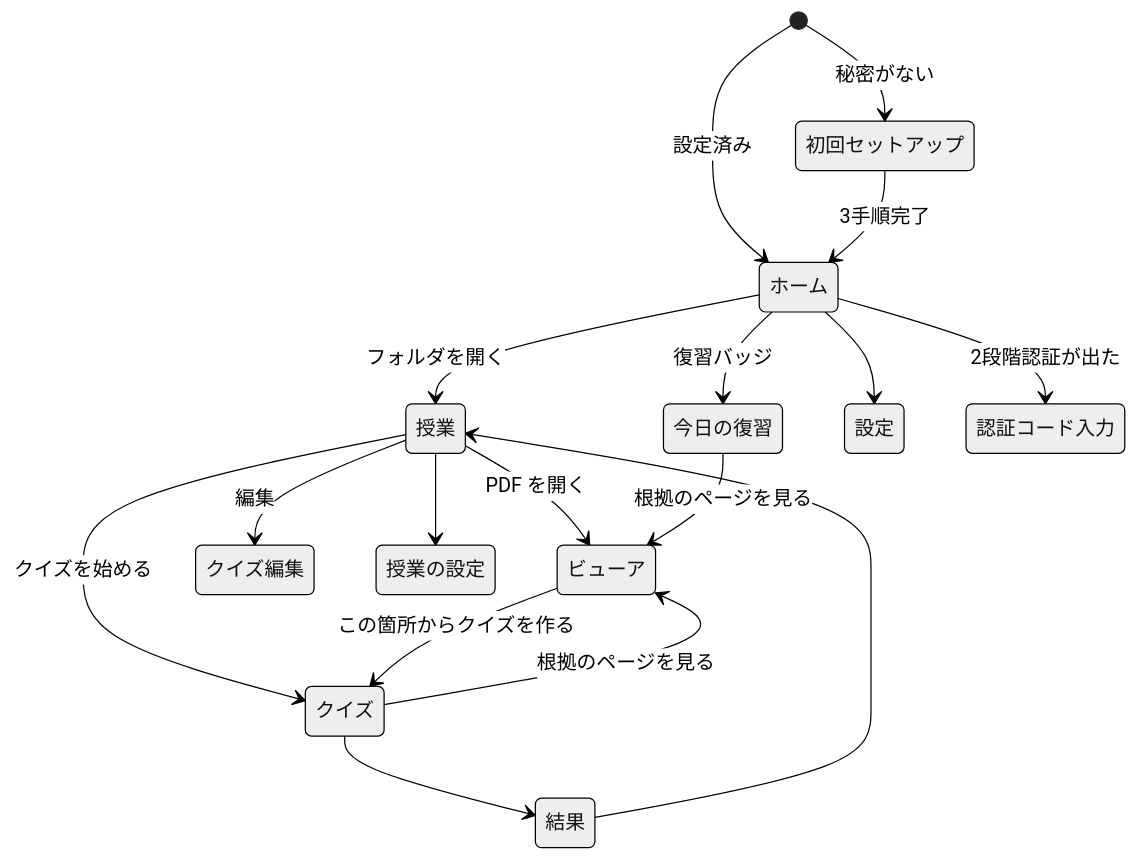
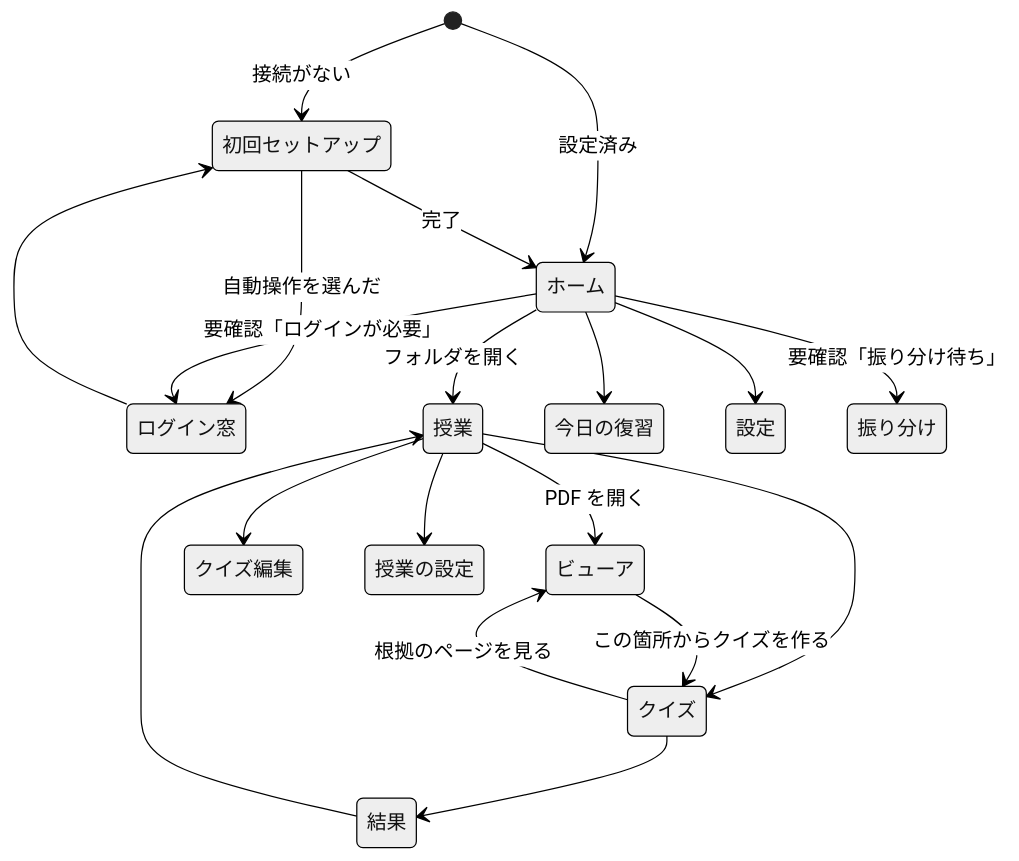
The sixth of 6 diagrams in docs/SPEC.md (Peyangpiece/Daigaku-Note), drawn with Mermaid (neutral theme) before and after one commit. The commit also changed other lines of this file and 1 other file, not shown here.

````diff
--- a/docs/SPEC.md
+++ b/docs/SPEC.md
@@ -1166,19 +1462,21 @@
 ```mermaid
 stateDiagram-v2
-  [*] --> 初回セットアップ: 秘密がない
+  [*] --> 初回セットアップ: 接続がない
   [*] --> ホーム: 設定済み
-  初回セットアップ --> ホーム: 3手順完了
+  初回セットアップ --> ログイン窓: 自動操作を選んだ
+  ログイン窓 --> 初回セットアップ
+  初回セットアップ --> ホーム: 完了
   ホーム --> 授業: フォルダを開く
-  ホーム --> 今日の復習: 復習バッジ
+  ホーム --> 今日の復習
   ホーム --> 設定
-  ホーム --> 認証コード入力: 2段階認証が出た
+  ホーム --> ログイン窓: 要確認「ログインが必要」
+  ホーム --> 振り分け: 要確認「振り分け待ち」
   授業 --> ビューア: PDF を開く
-  授業 --> クイズ: クイズを始める
-  授業 --> クイズ編集: 編集
+  授業 --> クイズ
+  授業 --> クイズ編集
   授業 --> 授業の設定
   ビューア --> クイズ: この箇所からクイズを作る
   クイズ --> ビューア: 根拠のページを見る
-  今日の復習 --> ビューア: 根拠のページを見る
   クイズ --> 結果
   結果 --> 授業
 ```
````
